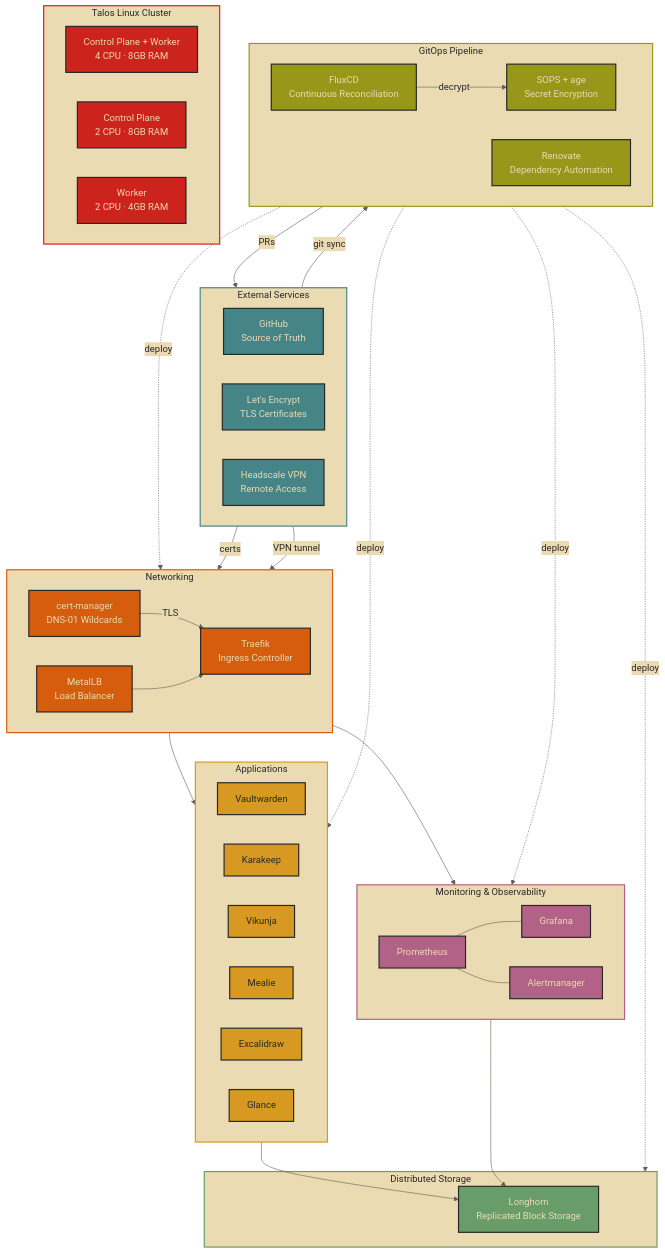
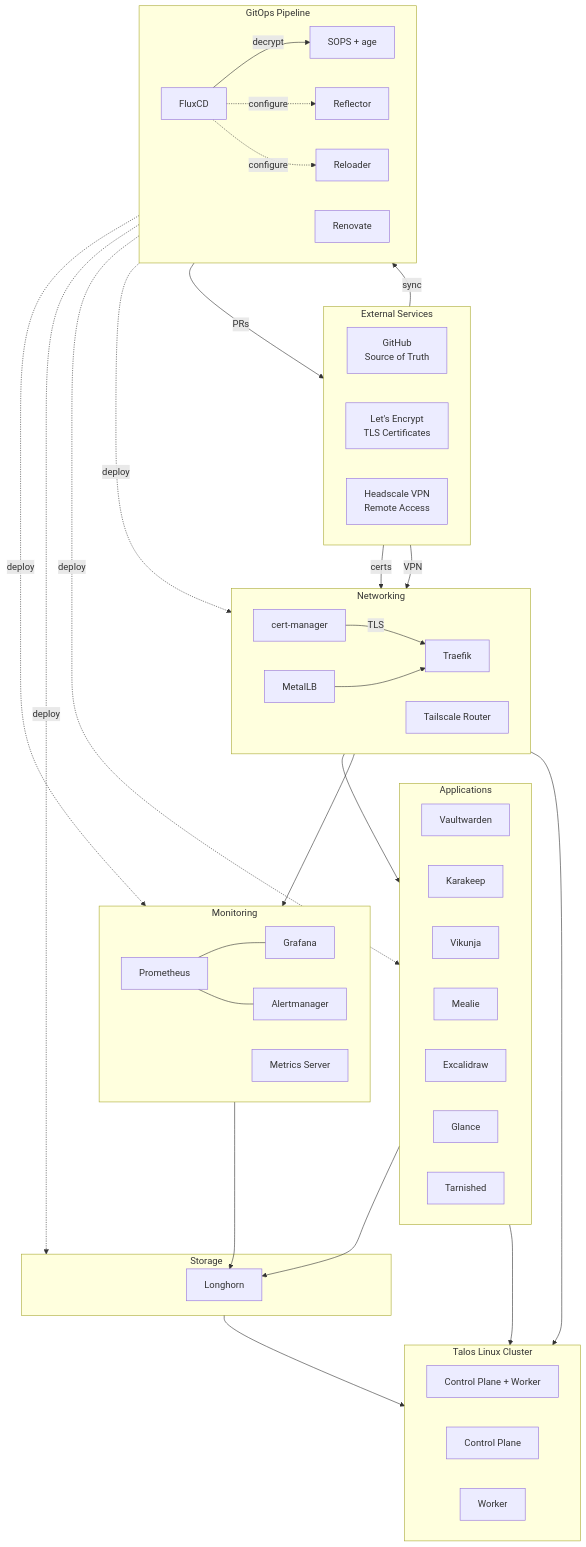
The diagram in README.md (markoonakic/homelab), drawn with Mermaid before and after one commit.

Commit message:
Clean up README mermaid diagram: remove custom theme, use default styling, switch to top-down layout, add missing components (Reflector, Reloader, Metrics-server, Tailscale Router, Tarnished), simplify node labels

````diff
--- a/README.md
+++ b/README.md
@@ -15,8 +15,6 @@
 ```mermaid
-%%{init: {'theme': 'base', 'themeVariables': {'background': '#ebdbb2', 'lineColor': '#665c54', 'edgeLabelBackground': '#ebdbb2', 'primaryTextColor': '#282828'}}}%%
+flowchart TD
 
-graph TD
-    %% ── External Services ──
     subgraph external["External Services"]
         direction LR
         github["GitHub<br/>Source of Truth"]
@@ -24,23 +22,35 @@
         headscale["Headscale VPN<br/>Remote Access"]
     end
 
-    %% ── GitOps Pipeline ──
     subgraph gitops["GitOps Pipeline"]
         direction LR
-        flux["FluxCD<br/>Continuous Reconciliation"]
-        sops["SOPS + age<br/>Secret Encryption"]
-        renovate["Renovate<br/>Dependency Automation"]
+        flux["FluxCD"]
+        sops["SOPS + age"]
+        renovate["Renovate"]
+        reflector["Reflector"]
+        reloader["Reloader"]
     end
 
-    %% ── Networking ──
     subgraph net["Networking"]
         direction LR
-        certmanager["cert-manager<br/>DNS-01 Wildcards"]
-        traefik["Traefik<br/>Ingress Controller"]
-        metallb["MetalLB<br/>Load Balancer"]
+        certmanager["cert-manager"]
+        traefik["Traefik"]
+        metallb["MetalLB"]
+        tailscale["Tailscale Router"]
     end
 
-    %% ── Applications ──
+    subgraph mon["Monitoring"]
+        direction LR
+        prometheus["Prometheus"]
+        grafana["Grafana"]
+        alertmanager["Alertmanager"]
+        metrics["Metrics Server"]
+    end
+
+    subgraph stor["Storage"]
+        longhorn["Longhorn"]
+    end
+
     subgraph apps["Applications"]
         direction LR
         vaultwarden["Vaultwarden"]
@@ -49,81 +59,42 @@
         mealie["Mealie"]
         excalidraw["Excalidraw"]
         glance["Glance"]
+        tarnished["Tarnished"]
     end
 
-    %% ── Monitoring ──
-    subgraph mon["Monitoring & Observability"]
+    subgraph cluster["Talos Linux Cluster"]
         direction LR
-        prometheus["Prometheus"]
-        grafana["Grafana"]
-        alertmanager["Alertmanager"]
+        node1["Control Plane + Worker"]
+        node2["Control Plane"]
+        node3["Worker"]
     end
 
-    %% ── Storage ──
-    subgraph stor["Distributed Storage"]
-        longhorn["Longhorn<br/>Replicated Block Storage"]
-    end
-
-    %% ── Foundation ──
-    subgraph infra["Talos Linux Cluster"]
-        direction LR
-        node1["Control Plane + Worker<br/>4 CPU · 8GB RAM"]
-        node2["Control Plane<br/>2 CPU · 8GB RAM"]
-        node3["Worker<br/>2 CPU · 4GB RAM"]
-    end
-
-    %% ── GitOps Flow ──
     renovate -->|PRs| github
-    github -->|git sync| flux
+    github -->|sync| flux
     flux -->|decrypt| sops
 
-    %% ── Flux Deploys ──
     flux -.->|deploy| net
-    flux -.->|deploy| apps
     flux -.->|deploy| mon
     flux -.->|deploy| stor
+    flux -.->|deploy| apps
+    flux -.->|configure| reflector
+    flux -.->|configure| reloader
 
-    %% ── TLS Flow ──
     letsencrypt -->|certs| certmanager
     certmanager -->|TLS| traefik
 
-    %% ── Traffic Flow ──
-    headscale -->|VPN tunnel| traefik
+    headscale -->|VPN| traefik
     metallb --> traefik
     traefik --> apps
     traefik --> mon
 
-    %% ── Monitoring ──
     prometheus --- grafana
     prometheus --- alertmanager
 
-    %% ── Persistence ──
     apps --> longhorn
     mon --> longhorn
 
-    %% ── Node Styles (Gruvbox Palette) ──
-    classDef ext fill:#458588,stroke:#282828,stroke-width:2px,color:#ebdbb2
-    classDef git fill:#98971a,stroke:#282828,stroke-width:2px,color:#ebdbb2
-    classDef network fill:#d65d0e,stroke:#282828,stroke-width:2px,color:#ebdbb2
-    classDef monitor fill:#b16286,stroke:#282828,stroke-width:2px,color:#ebdbb2
-    classDef app fill:#d79921,stroke:#282828,stroke-width:2px,color:#282828
-    classDef store fill:#689d6a,stroke:#282828,stroke-width:2px,color:#ebdbb2
-    classDef foundation fill:#cc241d,stroke:#282828,stroke-width:2px,color:#ebdbb2
-
-    class github,letsencrypt,headscale ext
-    class flux,sops,renovate git
-    class certmanager,traefik,metallb network
-    class prometheus,grafana,alertmanager monitor
-    class vaultwarden,karakeep,vikunja,mealie,excalidraw,glance app
-    class longhorn store
-    class node1,node2,node3 foundation
-
-    %% ── Subgraph Styles ──
-    style external fill:#ebdbb2,stroke:#458588,stroke-width:2px,color:#282828
-    style gitops fill:#ebdbb2,stroke:#98971a,stroke-width:2px,color:#282828
-    style net fill:#ebdbb2,stroke:#d65d0e,stroke-width:2px,color:#282828
-    style apps fill:#ebdbb2,stroke:#d79921,stroke-width:2px,color:#282828
-    style mon fill:#ebdbb2,stroke:#b16286,stroke-width:2px,color:#282828
-    style stor fill:#ebdbb2,stroke:#689d6a,stroke-width:2px,color:#282828
-    style infra fill:#ebdbb2,stroke:#cc241d,stroke-width:2px,color:#282828
+    net --> cluster
+    stor --> cluster
+    apps --> cluster
 ```
````
